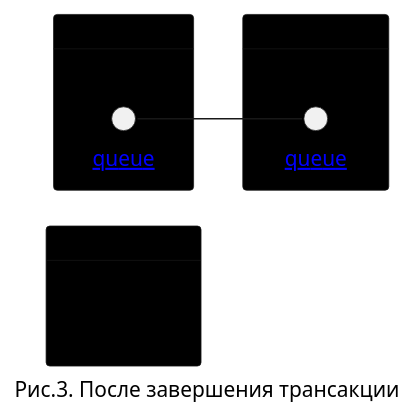
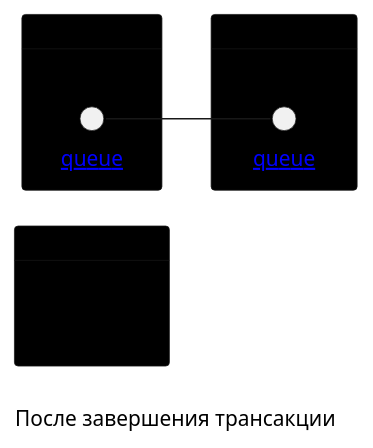
The diagram in diagrams/queue-example/transaction-after.puml (pavetok/pavetok.github.io), drawn with PlantUML before and after one commit. The commit also changed 10 other files, not shown here.

```diff
--- a/diagrams/queue-example/transaction-after.puml
+++ b/diagrams/queue-example/transaction-after.puml
@@ -1,28 +1,28 @@
 @startuml
 left to right direction
 
 skinparam card {
     BorderThickness 0.5
     BackgroundColor 0
 }
 
 skinparam label {
     FontSize 0
 }
 
 card Alice {
     label nothing
 }
 
 card Bob {
     circle "[[/work/transaction-types/queue-example/diagrams/queue-client/{queue} queue]]" as queue1 <<client>>
 }
 
 card Carol {
     circle "[[/work/transaction-types/queue-example/diagrams/queue-server/{queue} queue]]" as queue2 <<server>>
 }
 
 queue1 -- queue2
 
-caption Рис.3. После завершения трансакции
+caption \nПосле завершения трансакции
 @enduml
```
